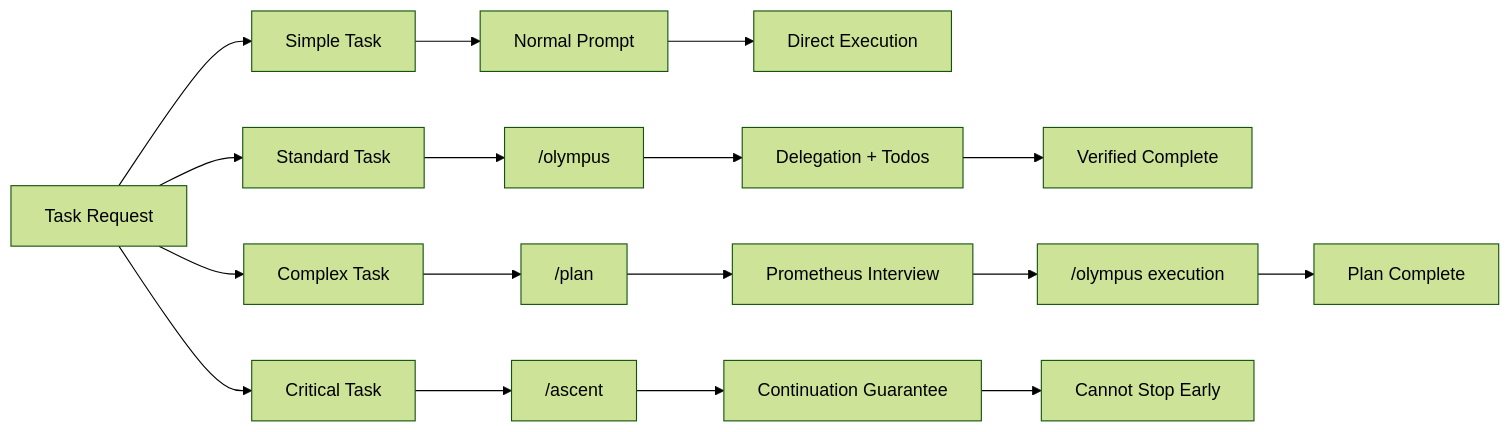
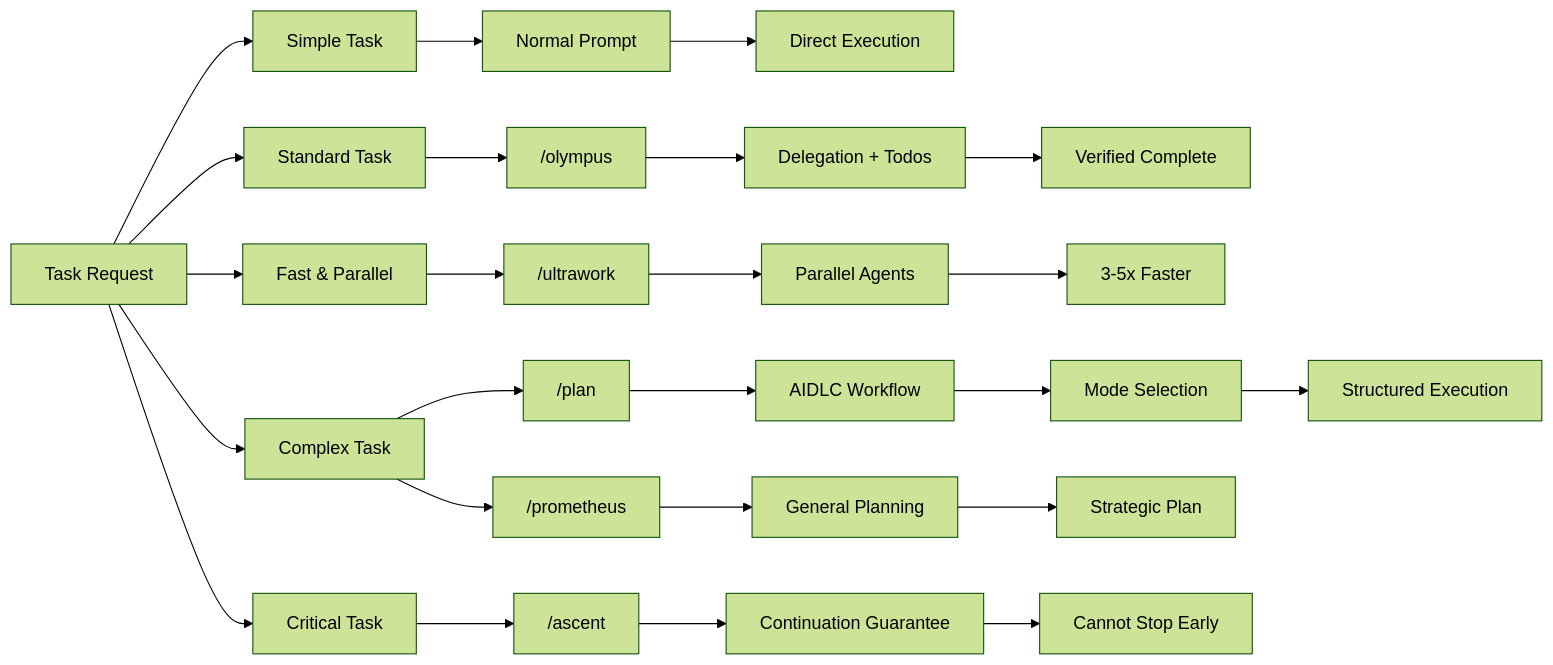
The first of 2 diagrams in docs/guide/workflow-guide.md (mikev10/olympus), drawn with Mermaid (forest theme) before and after one commit. The commit also changed other lines of this file, not shown here.

First line of the commit message:
docs: update workflow guide to reflect AIDLC pipeline and file-based Q&A

````diff
--- a/docs/guide/workflow-guide.md
+++ b/docs/guide/workflow-guide.md
@@ -45,24 +46,31 @@
 ```mermaid
 flowchart LR
     Request[Task Request]
 
     Request --> Simple[Simple Task]
     Request --> Standard[Standard Task]
+    Request --> Fast[Fast & Parallel]
     Request --> Complex[Complex Task]
     Request --> Critical[Critical Task]
 
     Simple --> Normal[Normal Prompt]
     Standard --> Olympus["/olympus"]
+    Fast --> Ultrawork["/ultrawork"]
     Complex --> Plan["/plan"]
+    Complex --> Prometheus["/prometheus"]
     Critical --> Ascent["/ascent"]
 
     Normal --> Done1[Direct Execution]
     Olympus --> Delegate[Delegation + Todos]
-    Plan --> Interview[Prometheus Interview]
+    Ultrawork --> Parallel[Parallel Agents]
+    Plan --> Interview[AIDLC Workflow]
+    Prometheus --> FreeForm[General Planning]
     Ascent --> Guarantee[Continuation Guarantee]
 
     Delegate --> Done2[Verified Complete]
-    Interview --> Execute["/olympus execution"]
-    Execute --> Done3[Plan Complete]
-    Guarantee --> Done4[Cannot Stop Early]
+    Parallel --> Done3[3-5x Faster]
+    Interview --> ModeSelect[Mode Selection]
+    ModeSelect --> Done4[Structured Execution]
+    FreeForm --> Done6[Strategic Plan]
+    Guarantee --> Done5[Cannot Stop Early]
 ```
````
